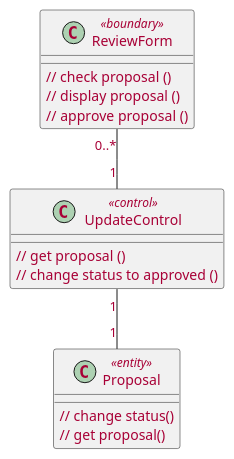
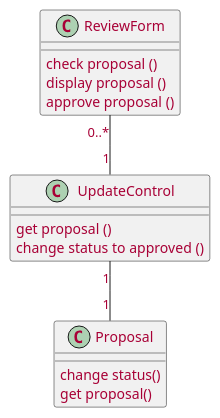
Before and after one commit to McSinyx/ipppi: the eighth of 8 diagrams in source/solution/use-case-design.rst, drawn with PlantUML. The commit also changed other lines of this file, not shown here.

```diff
--- a/source/solution/use-case-design.rst
+++ b/source/solution/use-case-design.rst
@@ -240,22 +240,22 @@
 .. uml::
 
    skinparam defaultFontColor #a80036
 
-   class ReviewForm <<boundary>> {
-      // check proposal ()
-      // display proposal ()
-      // approve proposal ()
+   class ReviewForm {
+      check proposal ()
+      display proposal ()
+      approve proposal ()
    }
 
-   class UpdateControl <<control>> {
-      // get proposal ()
-      // change status to approved ()
+   class UpdateControl {
+      get proposal ()
+      change status to approved ()
    }
 
-   class Proposal <<entity>> {
-      // change status()
-      // get proposal()
+   class Proposal {
+      change status()
+      get proposal()
    }
 
    ReviewForm "0..*" -- "1" UpdateControl
    UpdateControl "1" -- "1" Proposal
```
